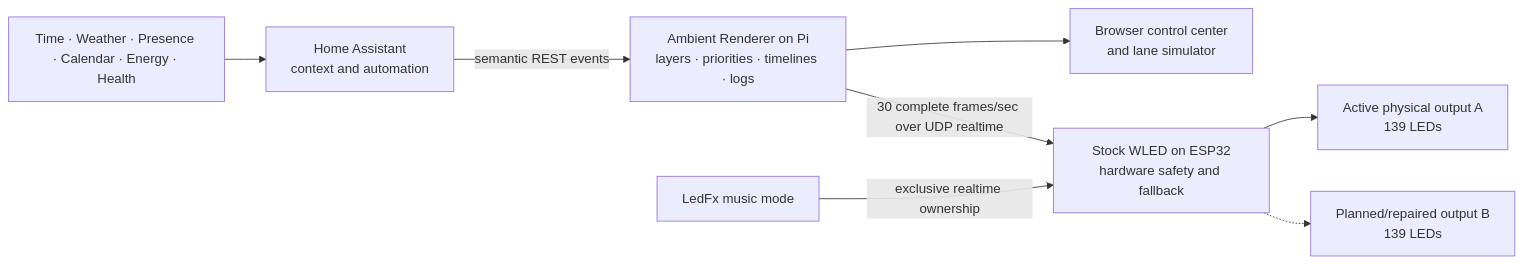
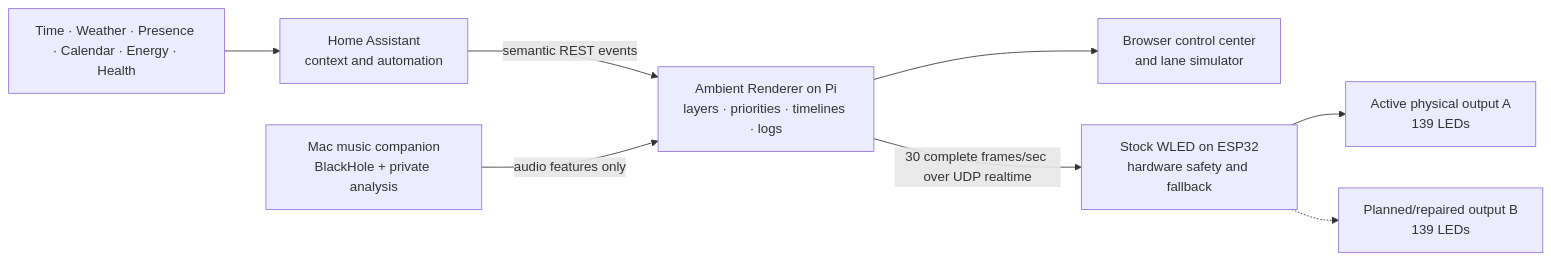
Before and after one commit to MichaelVoth/ambient-wled-display: the diagram in docs/architecture.md, drawn with Mermaid. The commit also changed other lines of this file and 18 other files, not shown here.

````diff
--- a/docs/architecture.md
+++ b/docs/architecture.md
@@ -8,10 +8,10 @@
 ```mermaid
 flowchart LR
   Context["Time · Weather · Presence · Calendar · Energy · Health"] --> HA["Home Assistant\ncontext and automation"]
   HA -->|"semantic REST events"| Renderer["Ambient Renderer on Pi\nlayers · priorities · timelines · logs"]
   Renderer --> Simulator["Browser control center\nand lane simulator"]
   Renderer -->|"30 complete frames/sec over UDP realtime"| WLED["Stock WLED on ESP32\nhardware safety and fallback"]
   WLED --> A["Active physical output A\n139 LEDs"]
   WLED -.-> B["Planned/repaired output B\n139 LEDs"]
-  Music["LedFx music mode"] -->|"exclusive realtime ownership"| WLED
+  Music["Mac music companion\nBlackHole + private analysis"] -->|"audio features only"| Renderer
 ```
````
